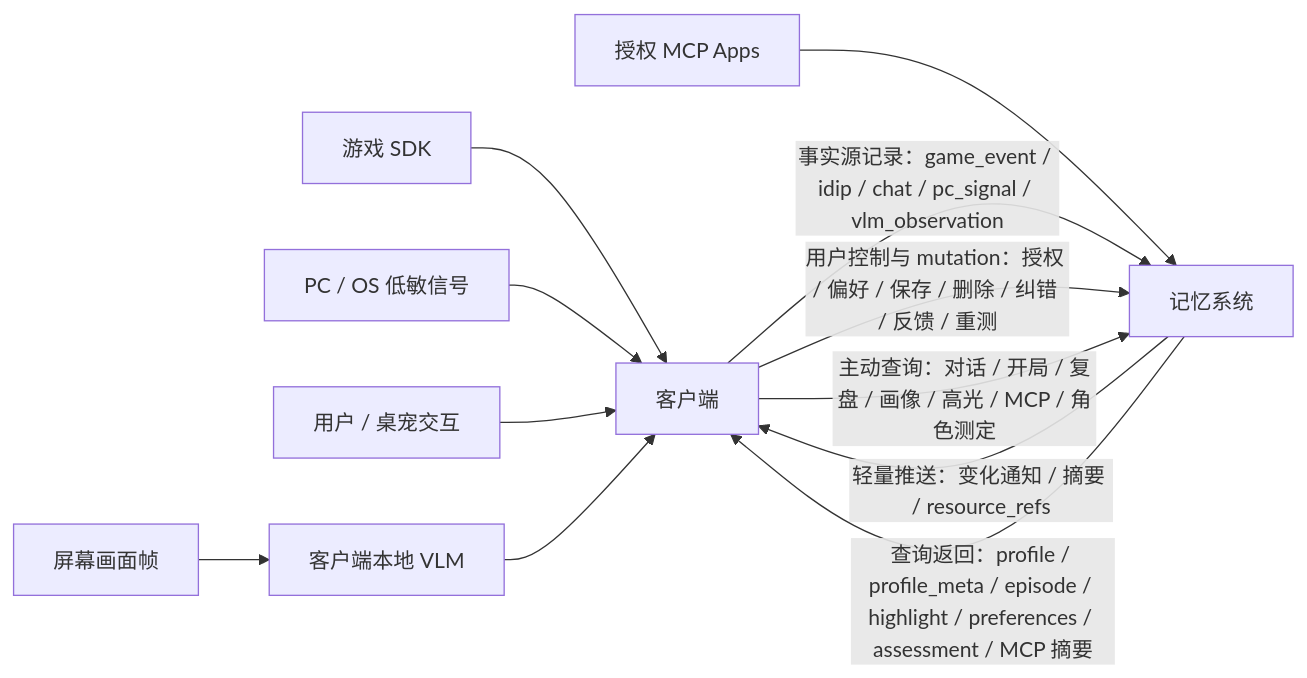
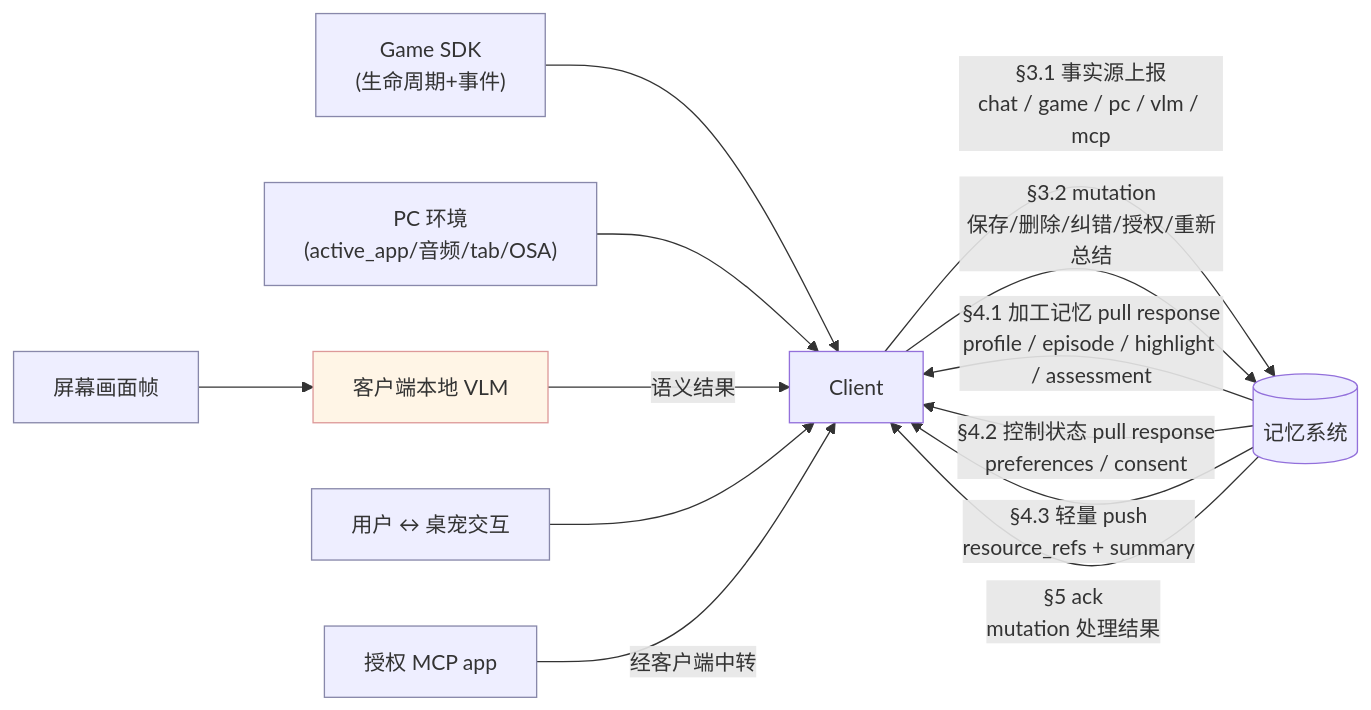
The second of 15 diagrams in projects/desktop-pet/01-pm/branches/memory-dataset/DATA_FLOW_REQUIREMENT_SPECIFICATION.md (uu-yaya/ai-product-builder), drawn with Mermaid before and after one commit. The commit also changed other lines of this file and 1 other file, not shown here.

Commit message:
edit projects/desktop-pet/01-pm/branches/memory-dataset/DATA_FLOW_REQUIREMENT_SPECIFICATION.md via md-canvas

````diff
--- a/projects/desktop-pet/01-pm/branches/memory-dataset/DATA_FLOW_REQUIREMENT_SPECIFICATION.md
+++ b/projects/desktop-pet/01-pm/branches/memory-dataset/DATA_FLOW_REQUIREMENT_SPECIFICATION.md
@@ -86,15 +102,19 @@
 ```mermaid
 flowchart LR
-  GameSDK["游戏 SDK"] --> Client["客户端"]
-  PC["PC / OS 低敏信号"] --> Client
-  UserPet["用户 / 桌宠交互"] --> Client
-  Screen["屏幕画面帧"] --> LocalVLM["客户端本地 VLM"]
-  LocalVLM --> Client
-  MCPApps["授权 MCP Apps"] --> Memory["记忆系统"]
+  GameSDK["Game SDK<br/>(生命周期+事件)"]:::ext --> Client
+  PC["PC 环境<br/>(active_app/音频/tab/OSA)"]:::ext --> Client
+  Screen["屏幕画面帧"]:::ext --> LocalVLM["客户端本地 VLM"]:::local
+  LocalVLM -->|语义结果| Client
+  UserPet["用户 ↔ 桌宠交互"]:::ext --> Client
+  MCPApp["授权 MCP app"]:::ext -->|经客户端中转| Client
 
-  Client -->|事实源记录：game_event / idip / chat / pc_signal / vlm_observation| Memory
-  Client -->|用户控制与 mutation：授权 / 偏好 / 保存 / 删除 / 纠错 / 反馈 / 重测| Memory
-  Memory -->|轻量推送：变化通知 / 摘要 / resource_refs| Client
-  Client -->|主动查询：对话 / 开局 / 复盘 / 画像 / 高光 / MCP / 角色测定| Memory
-  Memory -->|查询返回：profile / profile_meta / episode / highlight / preferences / assessment / MCP 摘要| Client
+  Client -->|"§3.1 事实源上报<br/>chat / game / pc / vlm / mcp"| Memory[(记忆系统)]
+  Client -->|"§3.2 mutation<br/>保存/删除/纠错/授权/重新总结"| Memory
+  Memory -->|"§4.1 加工记忆 pull response<br/>profile / episode / highlight / assessment"| Client
+  Memory -->|"§4.2 控制状态 pull response<br/>preferences / consent"| Client
+  Memory -->|"§4.3 轻量 push<br/>resource_refs + summary"| Client
+  Memory -->|"§5 ack<br/>mutation 处理结果"| Client
+
+  classDef ext fill:#eef,stroke:#88a;
+  classDef local fill:#fff5e6,stroke:#d99;
 ```
````
